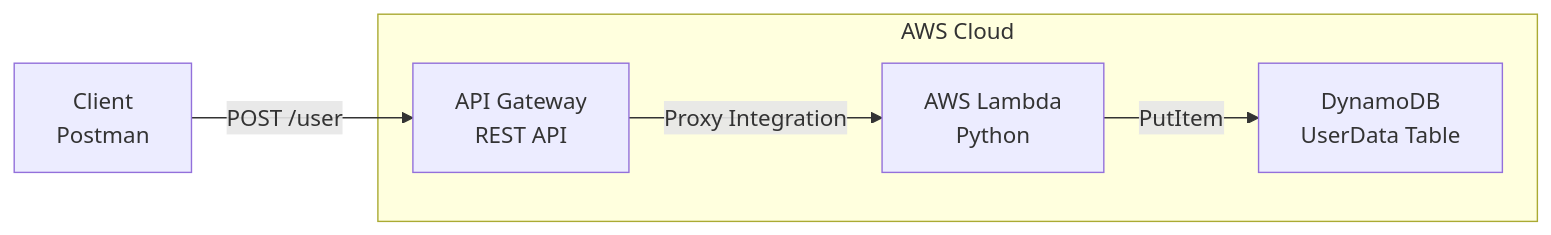
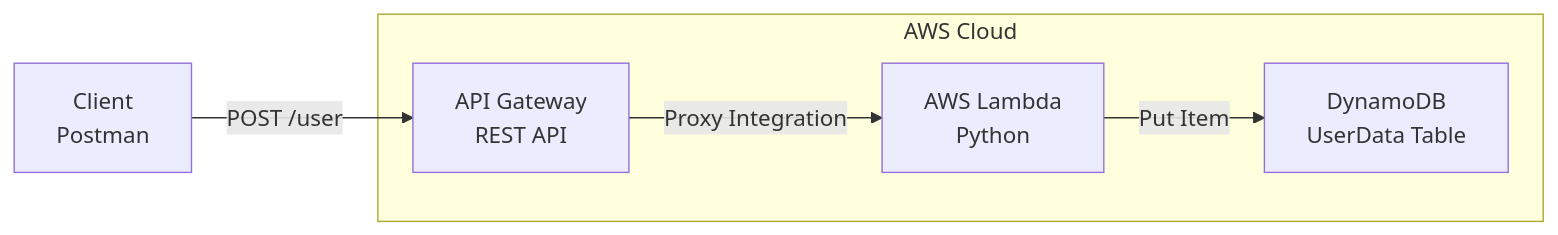
The first of 2 diagrams in README.md (nacholiya/terraform-user-api), drawn with Mermaid before and after one commit. The commit also changed other lines of this file, not shown here.

````diff
--- a/README.md
+++ b/README.md
@@ -22,12 +22,12 @@
 ```mermaid
 flowchart LR
     A[Client<br/>Postman] -->|POST /user| B[API Gateway<br/>REST API]
     B -->|Proxy Integration| C[AWS Lambda<br/>Python]
-    C -->|PutItem| D[DynamoDB<br/>UserData Table]
+    C -->|Put Item| D[DynamoDB<br/>UserData Table]
 
     subgraph AWS Cloud
         B
         C
         D
     end
 ```
````
